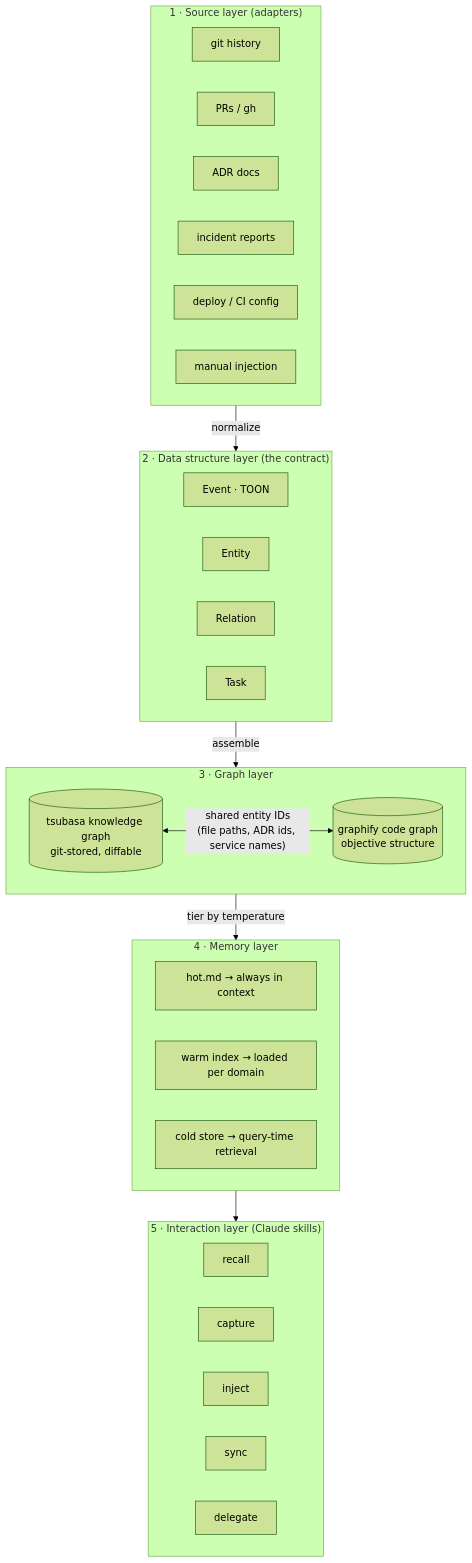
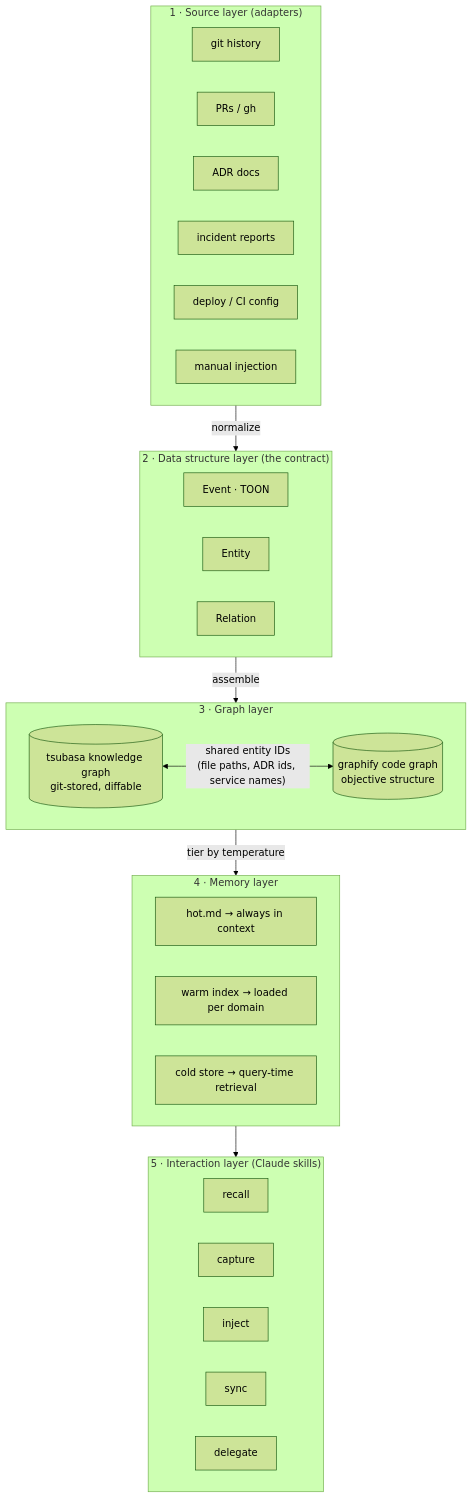
One commit to ramarahmanda/tsubasa changed the first of 4 diagrams in DESIGN.md. Above: the diagram before and after it, drawn with Mermaid (forest theme). The commit also changed other lines of this file and 255 other files, not shown here.

````diff
--- a/DESIGN.md
+++ b/DESIGN.md
@@ -35,29 +34,29 @@
 ```mermaid
 flowchart TB
     subgraph L1["1 · Source layer (adapters)"]
         GIT[git history] ; PR[PRs / gh] ; ADR[ADR docs] ; INC[incident reports]
         DEP[deploy / CI config] ; MAN[manual injection]
     end
 
     subgraph L2["2 · Data structure layer (the contract)"]
-        EV[Event · TOON] ; EN[Entity] ; REL[Relation] ; TK[Task]
+        EV[Event · TOON] ; EN[Entity] ; REL[Relation]
     end
 
     subgraph L3["3 · Graph layer"]
         KG[(tsubasa knowledge graph<br/>git-stored, diffable)]
         CG[(graphify code graph<br/>objective structure)]
         KG <-- "shared entity IDs<br/>(file paths, ADR ids, service names)" --> CG
     end
 
     subgraph L4["4 · Memory layer"]
         HOT[hot.md → always in context]
         WARM[warm index → loaded per domain]
         COLD[cold store → query-time retrieval]
     end
 
     subgraph L5["5 · Interaction layer (Claude skills)"]
         RC[recall] ; CA[capture] ; IN[inject] ; SY[sync] ; DL[delegate]
     end
 
     L1 -->|normalize| L2 -->|assemble| L3 -->|tier by temperature| L4 --> L5
 ```
````
